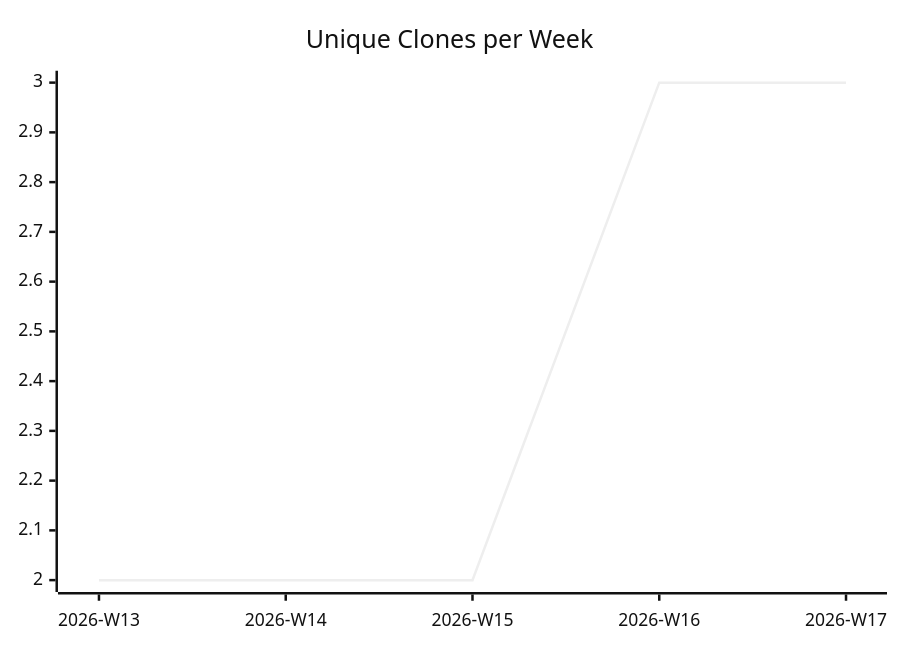
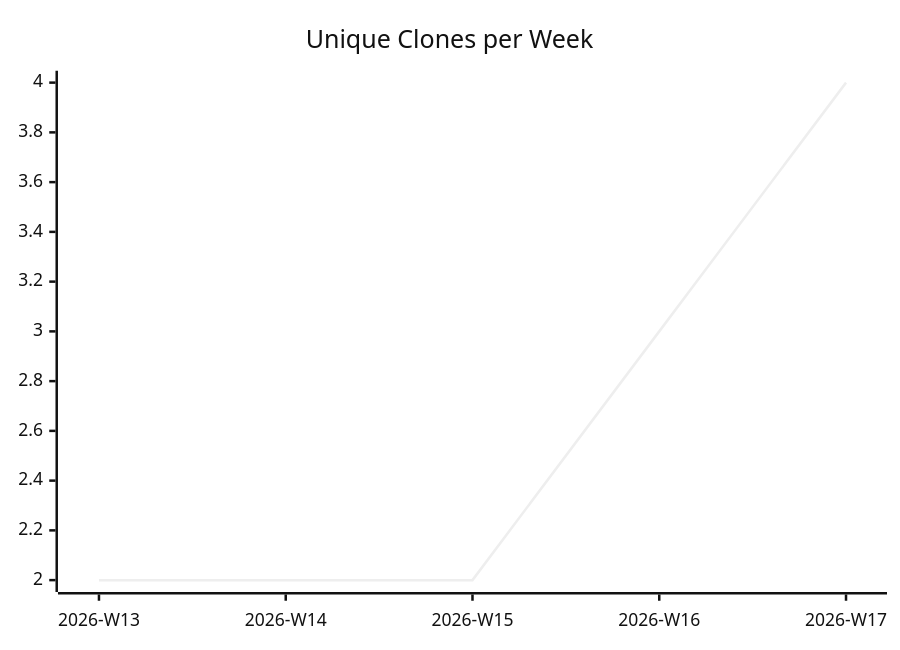
The third of 3 diagrams in karlmdavis/bbonfhir-dev-infra-docker/README.md (justdavis-family/github-analytics-data), drawn with Mermaid (neutral theme) before and after one commit. The commit also changed other lines of this file and 154 other files, not shown here.

````diff
--- a/karlmdavis/bbonfhir-dev-infra-docker/README.md
+++ b/karlmdavis/bbonfhir-dev-infra-docker/README.md
@@ -19,6 +19,6 @@
 ```mermaid
 xychart-beta
   title "Unique Clones per Week"
   x-axis ["2026-W13", "2026-W14", "2026-W15", "2026-W16", "2026-W17"]
-  line [2, 2, 2, 3, 3]
+  line [2, 2, 2, 3, 4]
 ```
````
